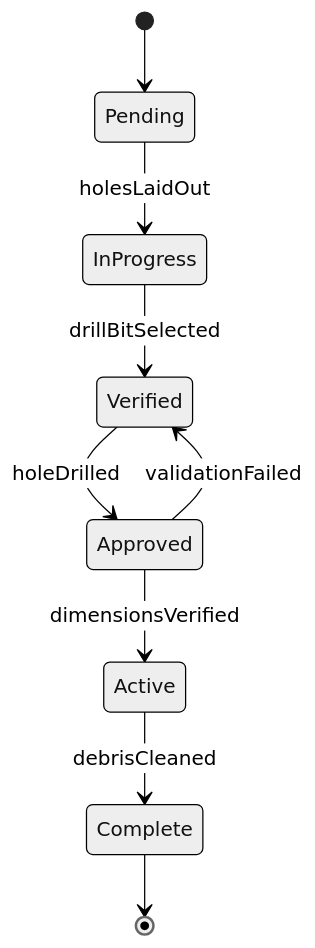
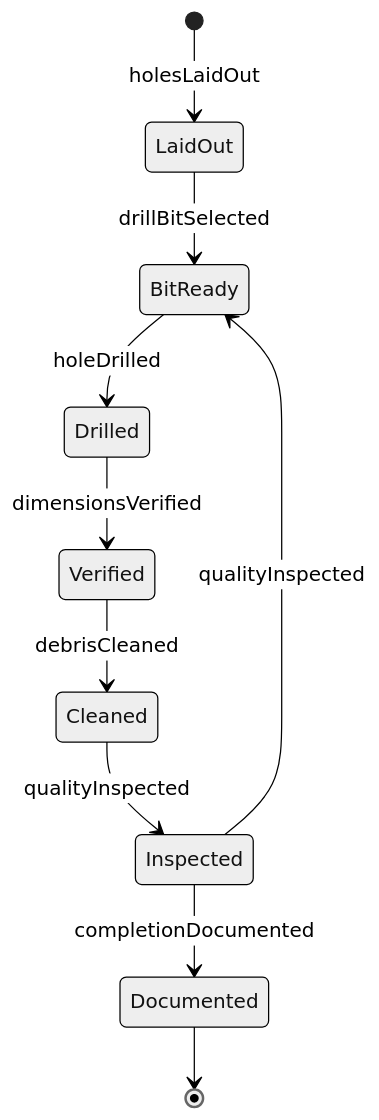
One commit to dot-org-ai/tasks.org.ai changed the second of 4 diagrams in HandlingAndMovingObjects/DrillHolesInEarthOrMaterials/DrillHolesConstructionMaterials.mdx. Above: the diagram before and after it, drawn with Mermaid (neutral theme). The commit also changed other lines of this file and 515 other files, not shown here.

````diff
--- a/HandlingAndMovingObjects/DrillHolesInEarthOrMaterials/DrillHolesConstructionMaterials.mdx
+++ b/HandlingAndMovingObjects/DrillHolesInEarthOrMaterials/DrillHolesConstructionMaterials.mdx
@@ -99,11 +100,12 @@
 ```mermaid
 stateDiagram-v2
-    [*] --> Pending
-    Pending --> InProgress : holesLaidOut
-    InProgress --> Verified : drillBitSelected
-    Verified --> Approved : holeDrilled
-    Approved --> Active : dimensionsVerified
-    Active --> Complete : debrisCleaned
-    Approved --> Verified : validationFailed
-    Complete --> [*]
+    [*] --> LaidOut : holesLaidOut
+    LaidOut --> BitReady : drillBitSelected
+    BitReady --> Drilled : holeDrilled
+    Drilled --> Verified : dimensionsVerified
+    Verified --> Cleaned : debrisCleaned
+    Cleaned --> Inspected : qualityInspected
+    Inspected --> Documented : completionDocumented
+    Inspected --> BitReady : qualityInspected
+    Documented --> [*]
 ```
````
